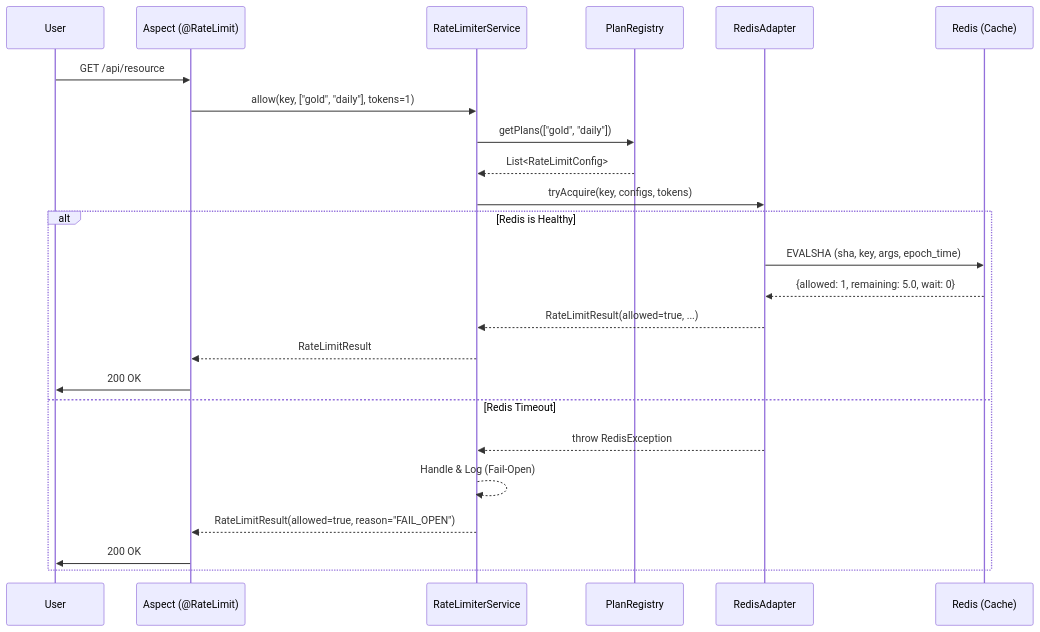
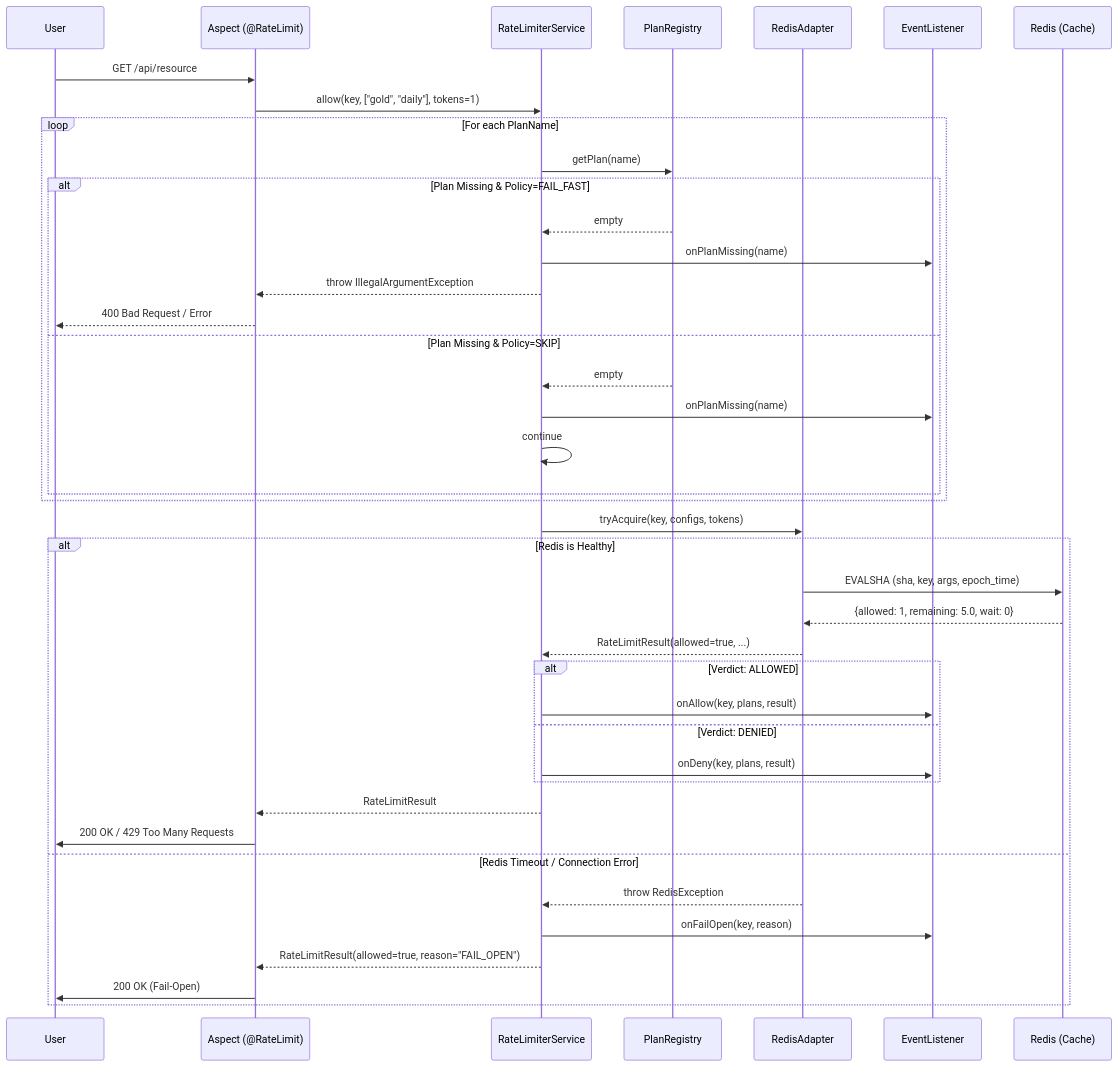
Before and after one commit to lokeshpusarla100/rate-limiter: the third of 4 diagrams in docs/context/design.md, drawn with Mermaid. The commit also changed other lines of this file and 18 other files, not shown here.

Commit message:
Enhance rate limiting logic with MissingPlanPolicy and event listener integration for observability

````diff
--- a/docs/context/design.md
+++ b/docs/context/design.md
@@ -157,30 +165,49 @@
 ```mermaid
 sequenceDiagram
     participant U as User
     participant A as Aspect (@RateLimit)
     participant S as RateLimiterService
     participant P as PlanRegistry
     participant R as RedisAdapter
+    participant E as EventListener
     participant DB as Redis (Cache)
 
     U->>A: GET /api/resource
     A->>S: allow(key, ["gold", "daily"], tokens=1)
     
-    S->>P: getPlans(["gold", "daily"])
-    P-->>S: List<RateLimitConfig>
+    loop For each PlanName
+        S->>P: getPlan(name)
+        alt Plan Missing & Policy=FAIL_FAST
+            P-->>S: empty
+            S->>E: onPlanMissing(name)
+            S-->>A: throw IllegalArgumentException
+            A-->>U: 400 Bad Request / Error
+        else Plan Missing & Policy=SKIP
+            P-->>S: empty
+            S->>E: onPlanMissing(name)
+            S->>S: continue
+        end
+    end
     
     S->>R: tryAcquire(key, configs, tokens)
     
     alt Redis is Healthy
         R->>DB: EVALSHA (sha, key, args, epoch_time)
         DB-->>R: {allowed: 1, remaining: 5.0, wait: 0}
         R-->>S: RateLimitResult(allowed=true, ...)
+        
+        alt Verdict: ALLOWED
+            S->>E: onAllow(key, plans, result)
+        else Verdict: DENIED
+            S->>E: onDeny(key, plans, result)
+        end
+        
         S-->>A: RateLimitResult
-        A->>U: 200 OK
-    else Redis Timeout
+        A->>U: 200 OK / 429 Too Many Requests
+    else Redis Timeout / Connection Error
         R-->>S: throw RedisException
-        S-->>S: Handle & Log (Fail-Open)
+        S->>E: onFailOpen(key, reason)
         S-->>A: RateLimitResult(allowed=true, reason="FAIL_OPEN")
-        A->>U: 200 OK
+        A->>U: 200 OK (Fail-Open)
     end
 ```
````
